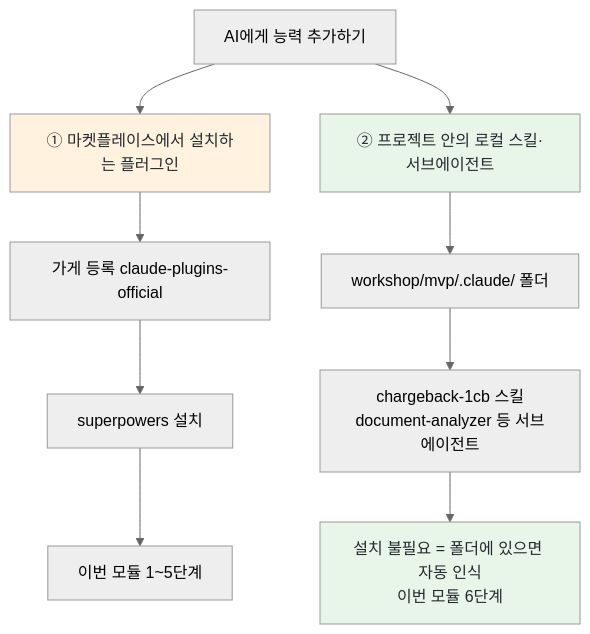
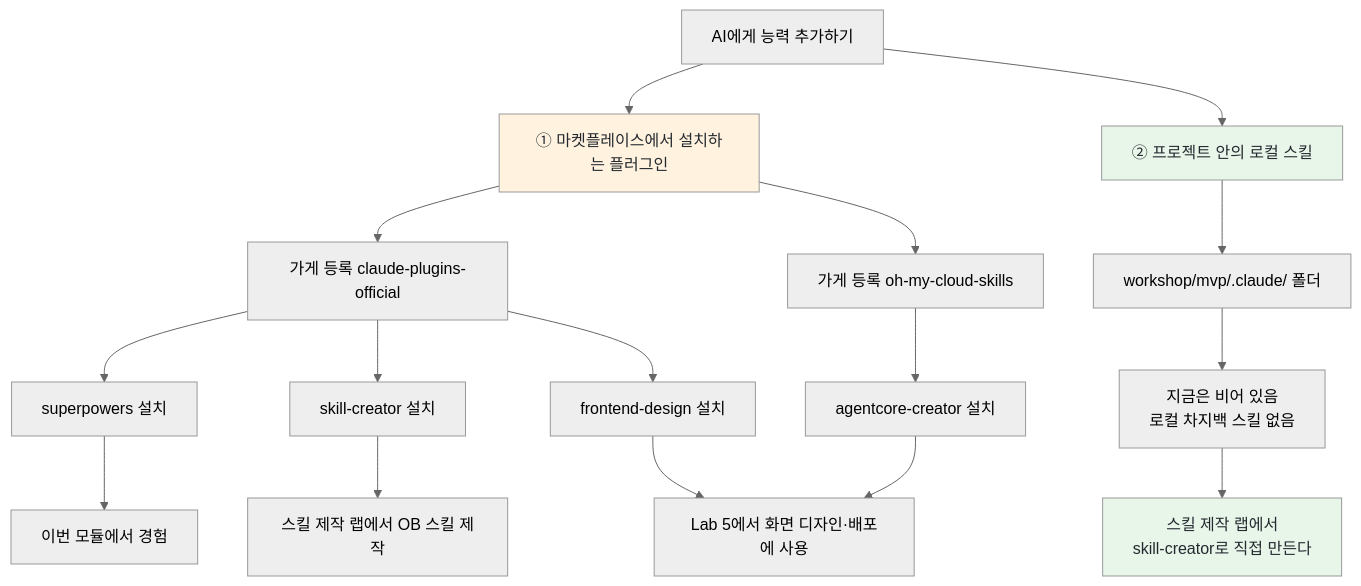
One commit to Atom-oh/claude-code-workshop changed the diagram in workshop/labs/01-skills-plugins.md. Above: the diagram before and after it, drawn with Mermaid (neutral theme). The commit also changed other lines of this file and 19 other files, not shown here.

````diff
--- a/workshop/labs/01-skills-plugins.md
+++ b/workshop/labs/01-skills-plugins.md
@@ -39,14 +41,21 @@
 ```mermaid
 graph TD
     A[AI에게 능력 추가하기] --> B[① 마켓플레이스에서 설치하는 플러그인]
-    A --> C[② 프로젝트 안의 로컬 스킬·서브에이전트]
+    A --> C[② 프로젝트 안의 로컬 스킬]
     B --> B1[가게 등록 claude-plugins-official]
     B1 --> B2[superpowers 설치]
-    B2 --> B3[이번 모듈 1~5단계]
+    B1 --> B4[skill-creator 설치]
+    B1 --> B6[frontend-design 설치]
+    B --> B7[가게 등록 oh-my-cloud-skills]
+    B7 --> B8[agentcore-creator 설치]
+    B2 --> B3[이번 모듈에서 경험]
+    B4 --> B5[스킬 제작 랩에서 OB 스킬 제작]
+    B6 --> B9[Lab 5에서 화면 디자인·배포에 사용]
+    B8 --> B9
     C --> C1[workshop/mvp/.claude/ 폴더]
-    C1 --> C2[chargeback-1cb 스킬<br/>document-analyzer 등 서브에이전트]
-    C2 --> C3[설치 불필요 = 폴더에 있으면 자동 인식<br/>이번 모듈 6단계]
+    C1 --> C2[지금은 비어 있음<br/>로컬 차지백 스킬 없음]
+    C2 --> C3[스킬 제작 랩에서<br/>skill-creator로 직접 만든다]
     style B fill:#fff3e0,color:#24292f
     style C fill:#e8f5e9,color:#24292f
     style C3 fill:#e8f5e9,color:#24292f
 ```
````
